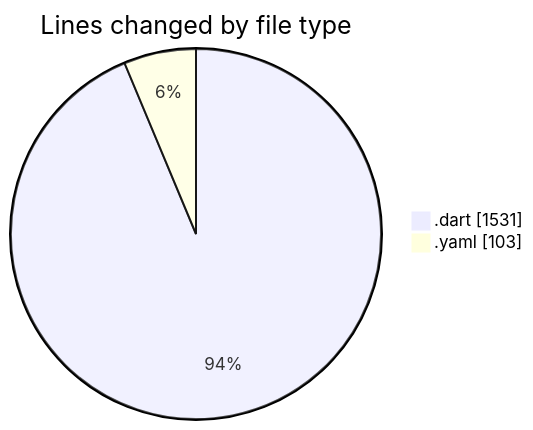
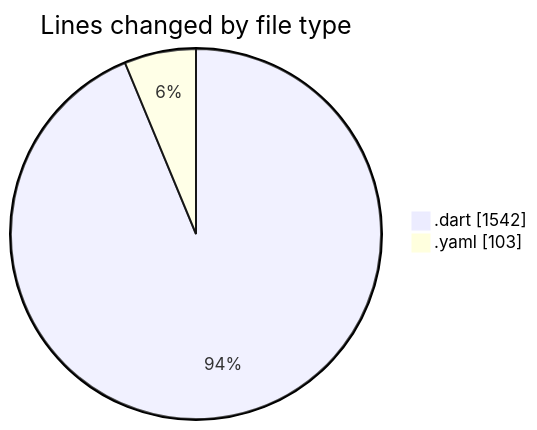
One commit to donsfak/code-tracking changed the first of 2 diagrams in 2025-02-25/trackers_app/README.md. Above: the diagram before and after it, drawn with Mermaid. The commit also changed other lines of this file and 1 other file, not shown here.

````diff
--- a/2025-02-25/trackers_app/README.md
+++ b/2025-02-25/trackers_app/README.md
@@ -29,6 +29,6 @@
 ```mermaid
 pie showData
 title Lines changed by file type
-".dart" : 1531
+".dart" : 1542
 ".yaml" : 103
 ```
````
